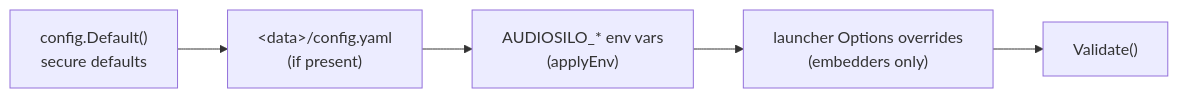
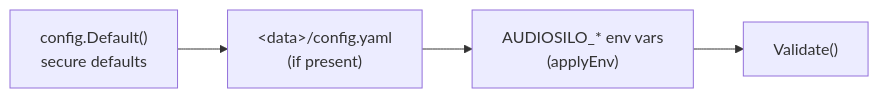
One commit to KodeStar/audiosilo-docs changed the diagram in docs-developers/server/configuration.md. Above: the diagram before and after it, drawn with Mermaid. The commit also changed other lines of this file and 32 other files, not shown here.

````diff
--- a/docs-developers/server/configuration.md
+++ b/docs-developers/server/configuration.md
@@ -9,7 +9,6 @@
 ```mermaid
 flowchart LR
     A["config.Default()<br/>secure defaults"] --> B["&lt;data&gt;/config.yaml<br/>(if present)"]
     B --> C["AUDIOSILO_* env vars<br/>(applyEnv)"]
-    C --> D["launcher Options overrides<br/>(embedders only)"]
-    D --> E["Validate()"]
+    C --> E["Validate()"]
 ```
````
